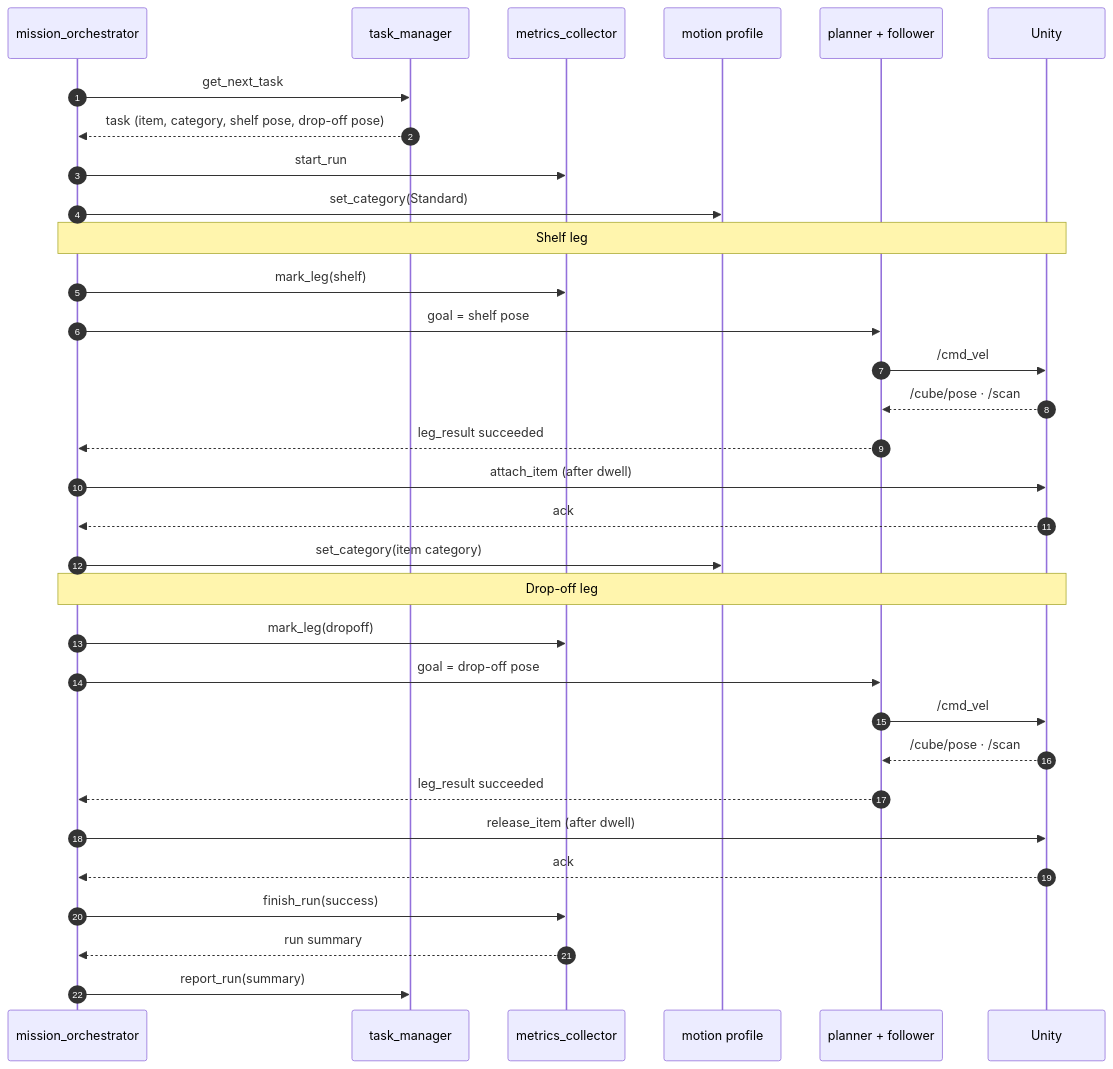
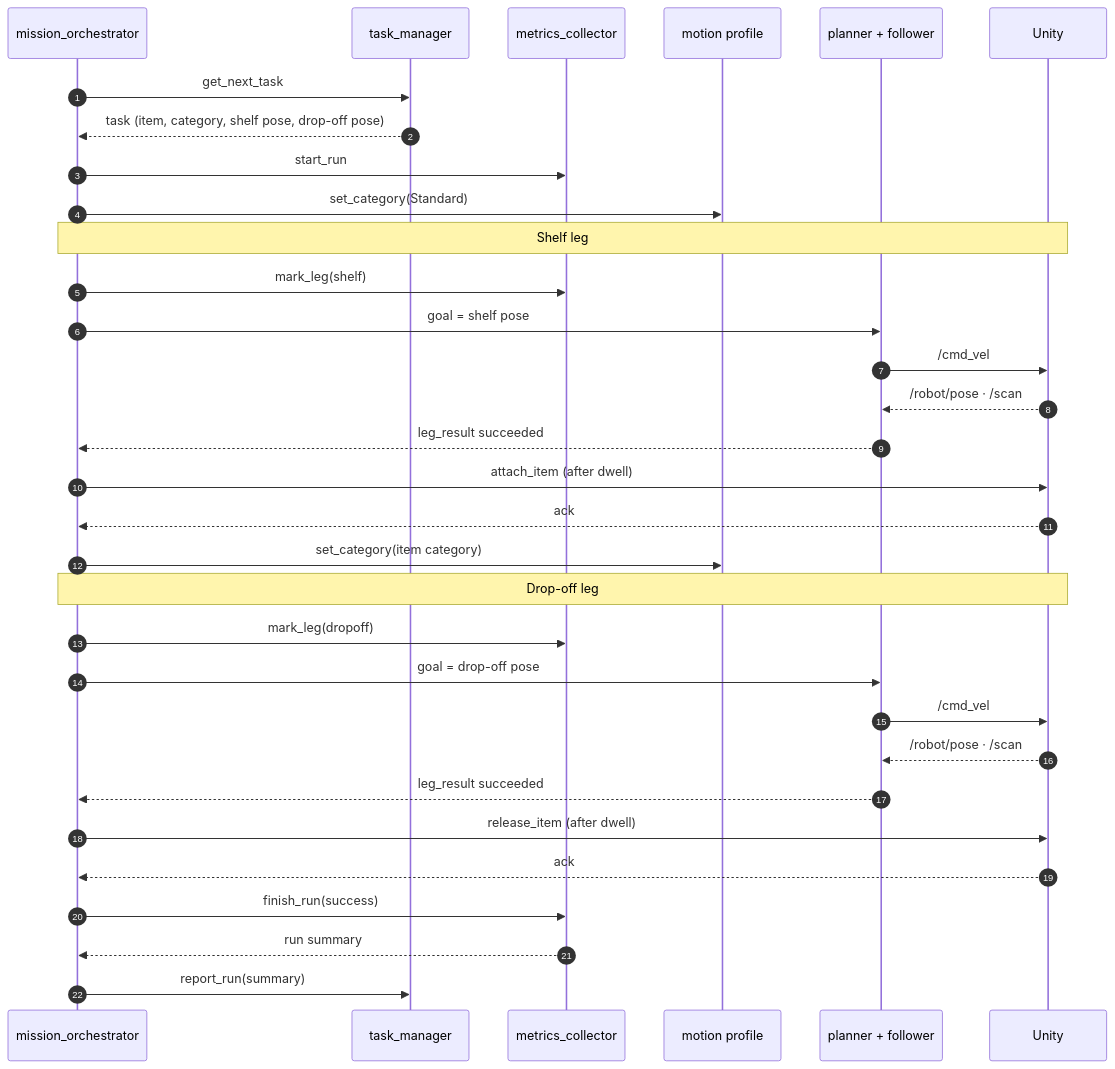
One commit to HoNguyen17/Mobile_Robo_SuppliesChain changed the third of 4 diagrams in docs/architecture.md. Above: the diagram before and after it, drawn with Mermaid. The commit also changed other lines of this file and 23 other files, not shown here.

````diff
--- a/docs/architecture.md
+++ b/docs/architecture.md
@@ -233,35 +250,35 @@
 ```mermaid
 sequenceDiagram
     autonumber
     participant MO as mission_orchestrator
     participant TM as task_manager
     participant MC as metrics_collector
     participant MP as motion profile
     participant NV as planner + follower
     participant U as Unity
 
     MO->>TM: get_next_task
     TM-->>MO: task (item, category, shelf pose, drop-off pose)
     MO->>MC: start_run
     MO->>MP: set_category(Standard)
     Note over MO,U: Shelf leg
     MO->>MC: mark_leg(shelf)
     MO->>NV: goal = shelf pose
     NV->>U: /cmd_vel
-    U-->>NV: /cube/pose · /scan
+    U-->>NV: /robot/pose · /scan
     NV-->>MO: leg_result succeeded
     MO->>U: attach_item (after dwell)
     U-->>MO: ack
     MO->>MP: set_category(item category)
     Note over MO,U: Drop-off leg
     MO->>MC: mark_leg(dropoff)
     MO->>NV: goal = drop-off pose
     NV->>U: /cmd_vel
-    U-->>NV: /cube/pose · /scan
+    U-->>NV: /robot/pose · /scan
     NV-->>MO: leg_result succeeded
     MO->>U: release_item (after dwell)
     U-->>MO: ack
     MO->>MC: finish_run(success)
     MC-->>MO: run summary
     MO->>TM: report_run(summary)
 ```
````
